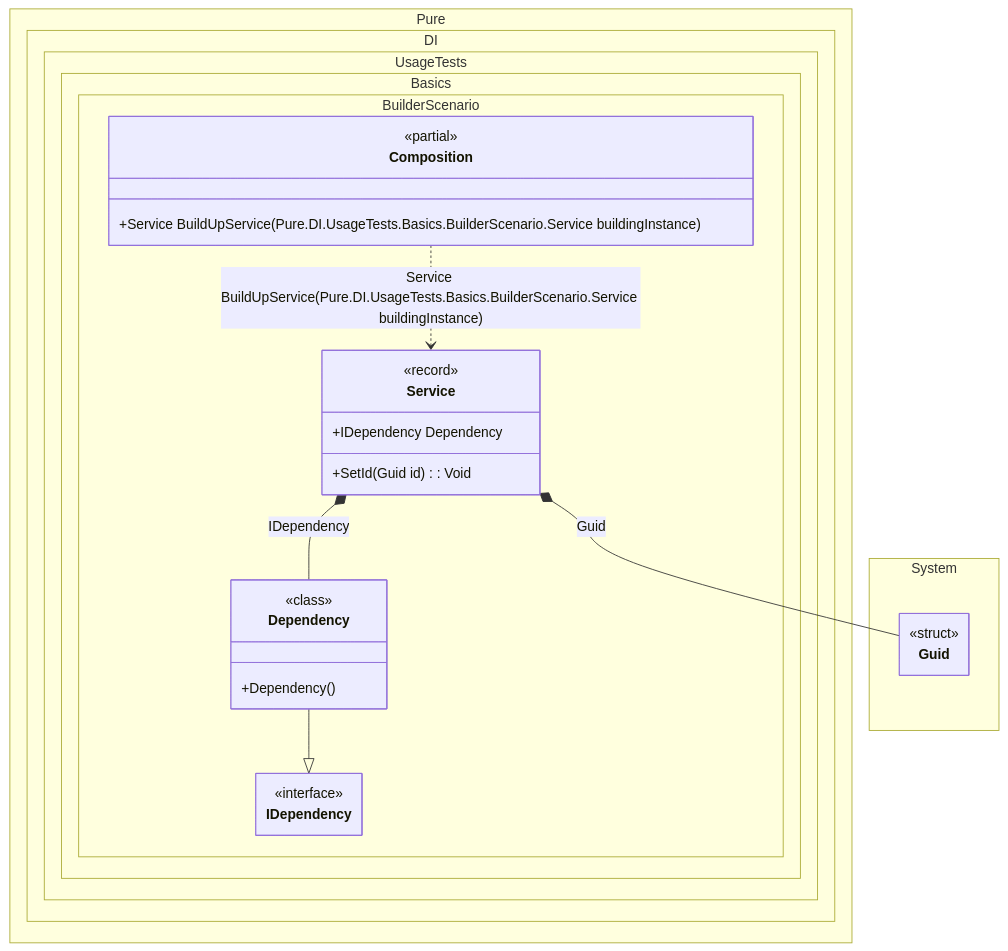
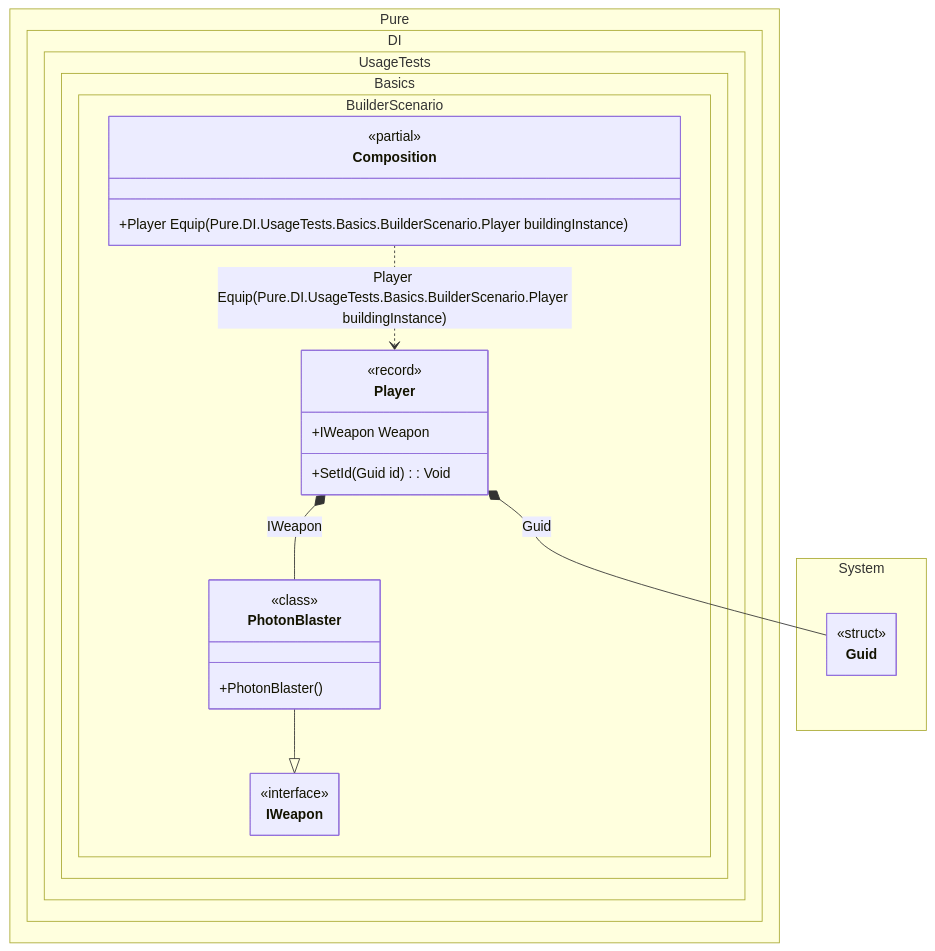
The diagram in readme/builder.md (DevTeam/Pure.DI), drawn with Mermaid before and after one commit. The commit also changed other lines of this file and 126 other files, not shown here.

````diff
--- a/readme/builder.md
+++ b/readme/builder.md
@@ -131,37 +134,37 @@
 ```mermaid
 ---
  config:
   maxTextSize: 2147483647
   maxEdges: 2147483647
   class:
    hideEmptyMembersBox: true
 ---
 classDiagram
-	Dependency --|> IDependency
-	Composition ..> Service : Service BuildUpService(Pure.DI.UsageTests.Basics.BuilderScenario.Service buildingInstance)
-	Service *--  Guid : Guid
-	Service *--  Dependency : IDependency
+	PhotonBlaster --|> IWeapon
+	Composition ..> Player : Player Equip(Pure.DI.UsageTests.Basics.BuilderScenario.Player buildingInstance)
+	Player *--  Guid : Guid
+	Player *--  PhotonBlaster : IWeapon
 	namespace Pure.DI.UsageTests.Basics.BuilderScenario {
 		class Composition {
 		<<partial>>
-		+Service BuildUpService(Pure.DI.UsageTests.Basics.BuilderScenario.Service buildingInstance)
+		+Player Equip(Pure.DI.UsageTests.Basics.BuilderScenario.Player buildingInstance)
 		}
-		class Dependency {
-				<<class>>
-			+Dependency()
-		}
-		class IDependency {
+		class IWeapon {
 			<<interface>>
 		}
-		class Service {
+		class PhotonBlaster {
+				<<class>>
+			+PhotonBlaster()
+		}
+		class Player {
 				<<record>>
-			+IDependency Dependency
+			+IWeapon Weapon
 			+SetId(Guid id) : Void
 		}
 	}
 	namespace System {
 		class Guid {
 				<<struct>>
 		}
 	}
 ```
````
